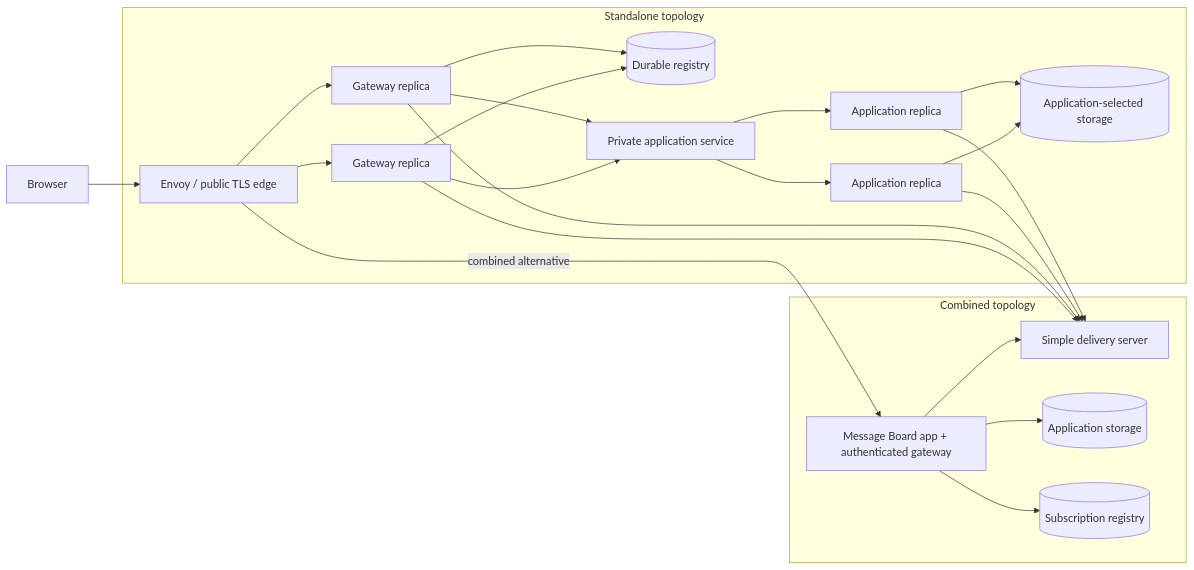
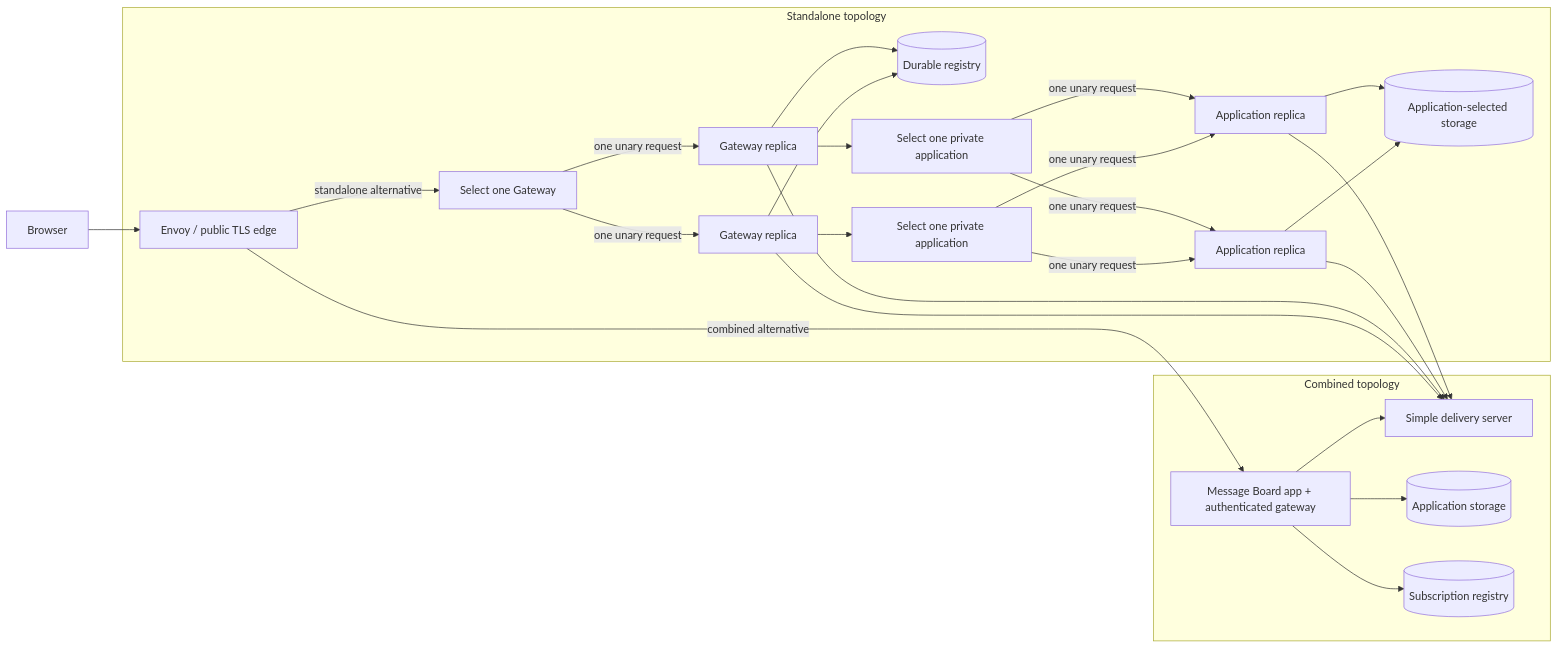
One commit to SpineEventEngine/spine-ts changed the second of 2 diagrams in examples/message-board/README.md. Above: the diagram before and after it, drawn with Mermaid. The commit also changed other lines of this file and 1 other file, not shown here.

Commit message:
docs: clarify Message Board unary routing

````diff
--- a/examples/message-board/README.md
+++ b/examples/message-board/README.md
@@ -167,28 +167,31 @@
 ```mermaid
 flowchart LR
   Browser[Browser] --> Envoy[Envoy / public TLS edge]
   D[Simple delivery server]
   subgraph Combined[Combined topology]
     C[Message Board app + authenticated gateway]
     C --> CS[(Application storage)]
     C --> CR[(Subscription registry)]
     C --> D
   end
   Envoy -->|combined alternative| C
   subgraph Standalone[Standalone topology]
-    Envoy --> G1[Gateway replica]
-    Envoy --> G2[Gateway replica]
+    Envoy -->|standalone alternative| GatewaySelect[Select one Gateway]
+    GatewaySelect -->|one unary request| G1[Gateway replica]
+    GatewaySelect -->|one unary request| G2[Gateway replica]
     G1 --> R[(Durable registry)]
     G2 --> R
-    G1 --> Apps[Private application service]
-    G2 --> Apps
-    Apps --> A1[Application replica]
-    Apps --> A2[Application replica]
+    G1 --> G1Select[Select one private application]
+    G2 --> G2Select[Select one private application]
+    G1Select -->|one unary request| A1[Application replica]
+    G1Select -->|one unary request| A2[Application replica]
+    G2Select -->|one unary request| A1
+    G2Select -->|one unary request| A2
     A1 --> S[(Application-selected storage)]
     A2 --> S
     A1 --> D
     A2 --> D
     G1 --> D
     G2 --> D
   end
 ```
````
